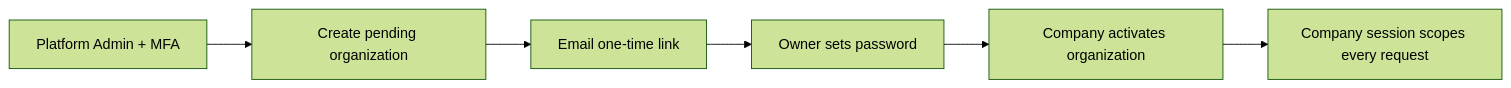
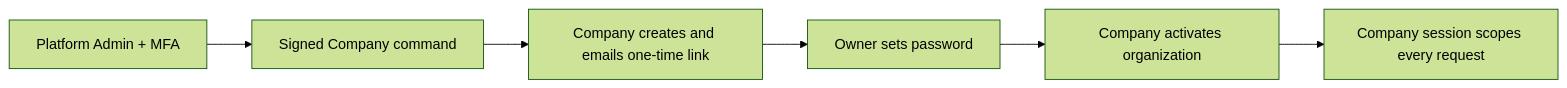
One commit to sourav30041998/GST-Invoice-Generator changed the diagram in ACCESS_CONTROL.md. Above: the diagram before and after it, drawn with Mermaid (forest theme). The commit also changed other lines of this file and 38 other files, not shown here.

````diff
--- a/ACCESS_CONTROL.md
+++ b/ACCESS_CONTROL.md
@@ -21,8 +23,8 @@
 ```mermaid
 flowchart LR
-  A["Platform Admin + MFA"] --> B["Create pending organization"]
-  B --> C["Email one-time link"]
+  A["Platform Admin + MFA"] --> B["Signed Company command"]
+  B --> C["Company creates and emails one-time link"]
   C --> D["Owner sets password"]
   D --> E["Company activates organization"]
   E --> F["Company session scopes every request"]
 ```
````
